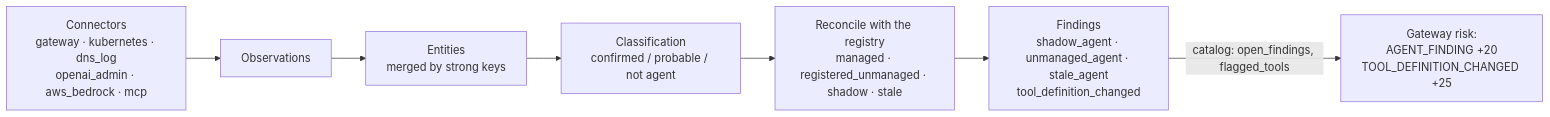
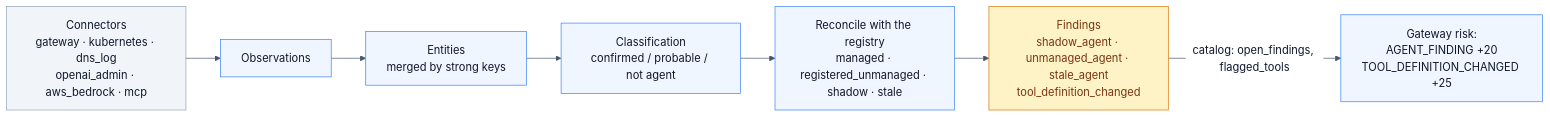
The fourth of 4 diagrams in docs/architecture.md (ramsha287/policy-guardrails-agent), drawn with Mermaid before and after one commit. The commit also changed other lines of this file and 2 other files, not shown here.

First line of the commit message:
Fix flaky playground poll check; colour the architecture diagrams

````diff
--- a/docs/architecture.md
+++ b/docs/architecture.md
@@ -164,8 +185,16 @@
 ```mermaid
+%%{init: {"theme": "base", "themeVariables": {"primaryTextColor": "#0f172a", "lineColor": "#475569", "edgeLabelBackground": "#ffffff"}}}%%
 flowchart LR
   K[Connectors<br/>gateway · kubernetes · dns_log<br/>openai_admin · aws_bedrock · mcp] --> O[Observations]
   O --> E[Entities<br/>merged by strong keys] --> CL[Classification<br/>confirmed / probable / not agent]
   CL --> RC[Reconcile with the registry<br/>managed · registered_unmanaged · shadow · stale]
   RC --> F[Findings<br/>shadow_agent · unmanaged_agent · stale_agent<br/>tool_definition_changed]
   F -->|catalog: open_findings, flagged_tools| GW[Gateway risk:<br/>AGENT_FINDING +20<br/>TOOL_DEFINITION_CHANGED +25]
+
+  classDef client fill:#f1f5f9,stroke:#94a3b8,color:#0f172a
+  classDef service fill:#eff6ff,stroke:#3b82f6,color:#0f172a
+  classDef finding fill:#fef3c7,stroke:#d97706,color:#78350f
+  class K client
+  class O,E,CL,RC,GW service
+  class F finding
 ```
````
